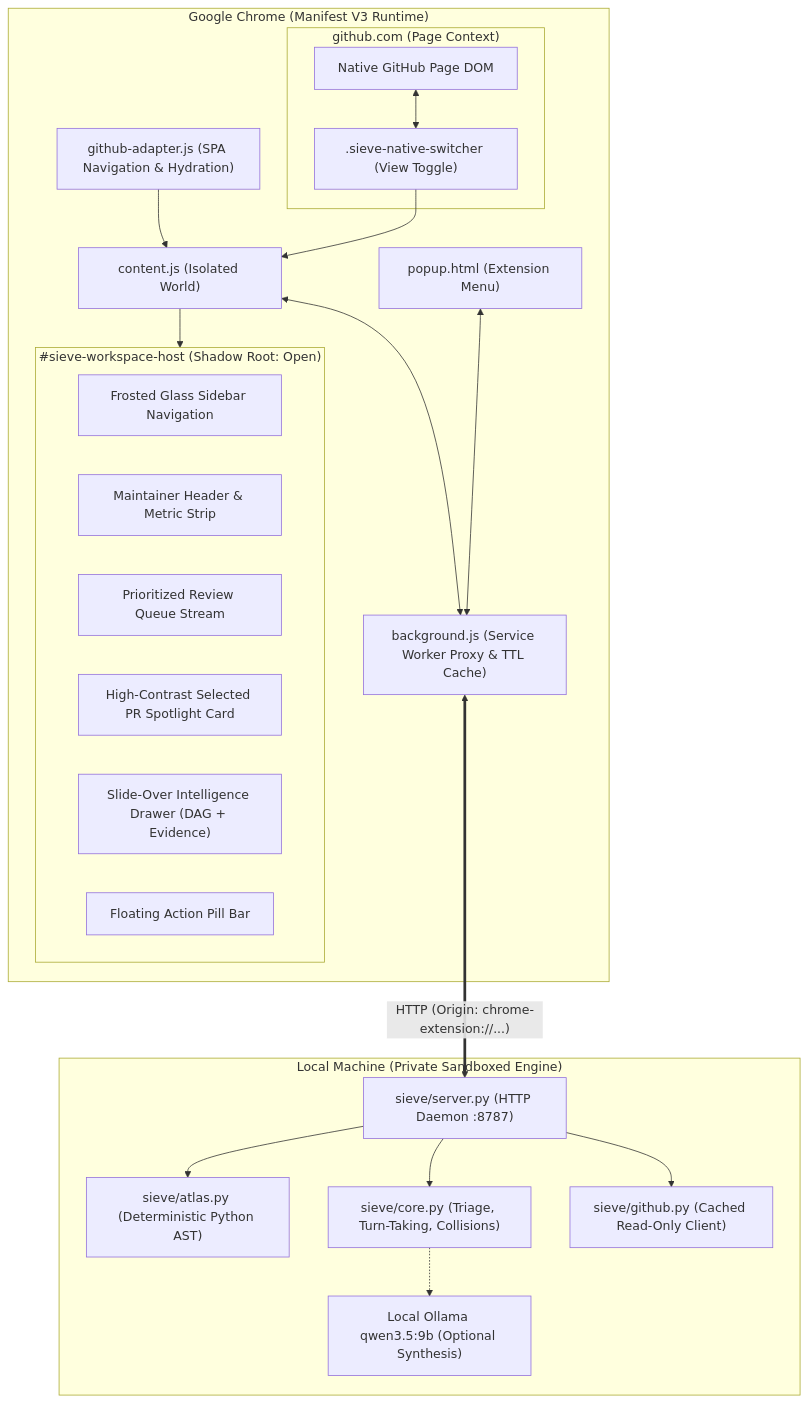
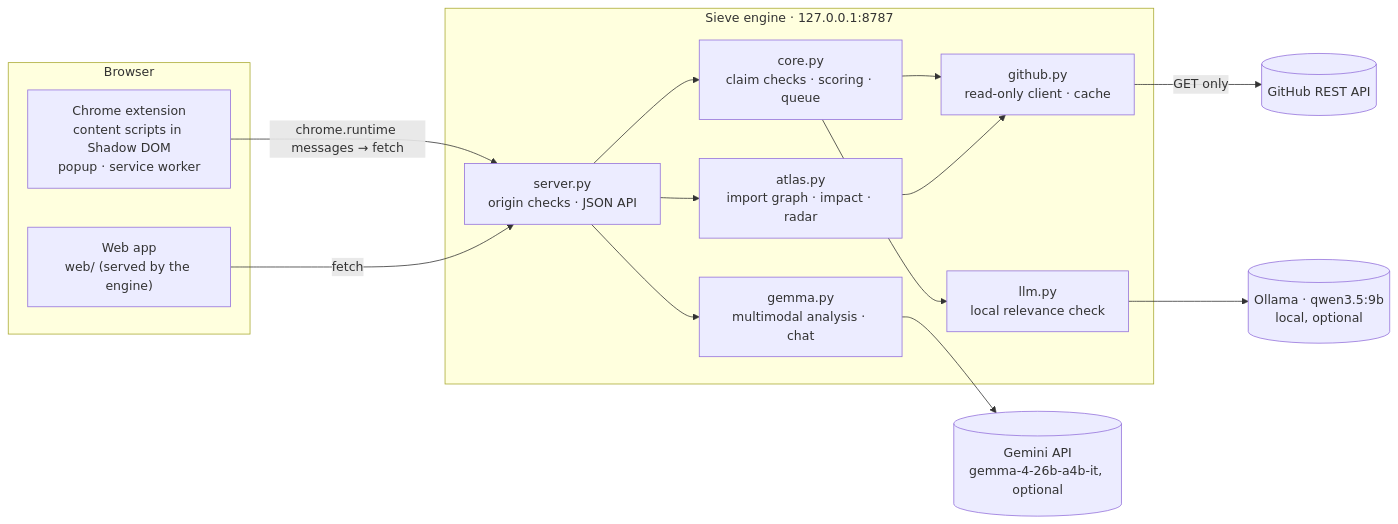
One commit to ThatKJ/sieve changed the first of 3 diagrams in docs/ARCHITECTURE.md. Above: the diagram before and after it, drawn with Mermaid. The commit also changed other lines of this file and 5 other files, not shown here.

Commit message:
docs: architecture with Gemma pipeline, development guide, roadmap; correct Host-validation claim

````diff
--- a/docs/ARCHITECTURE.md
+++ b/docs/ARCHITECTURE.md
@@ -11,43 +5,23 @@
 ```mermaid
-flowchart TB
-    subgraph Browser["Google Chrome (Manifest V3 Runtime)"]
-        subgraph GH["github.com (Page Context)"]
-            NativeDOM["Native GitHub Page DOM"]
-            Switcher[".sieve-native-switcher (View Toggle)"]
-        end
-
-        subgraph Shadow["#sieve-workspace-host (Shadow Root: Open)"]
-            Sidebar["Frosted Glass Sidebar Navigation"]
-            Cockpit["Maintainer Header & Metric Strip"]
-            Queue["Prioritized Review Queue Stream"]
-            Spotlight["High-Contrast Selected PR Spotlight Card"]
-            Drawer["Slide-Over Intelligence Drawer (DAG + Evidence)"]
-            ActionBar["Floating Action Pill Bar"]
-        end
-
-        CS["content.js (Isolated World)"]
-        AD["github-adapter.js (SPA Navigation & Hydration)"]
-        SW["background.js (Service Worker Proxy & TTL Cache)"]
-        POP["popup.html (Extension Menu)"]
-    end
-
-    subgraph Host["Local Machine (Private Sandboxed Engine)"]
-        SRV["sieve/server.py (HTTP Daemon :8787)"]
-        AST["sieve/atlas.py (Deterministic Python AST)"]
-        CORE["sieve/core.py (Triage, Turn-Taking, Collisions)"]
-        GHClient["sieve/github.py (Cached Read-Only Client)"]
-        Ollama["Local Ollama qwen3.5:9b (Optional Synthesis)"]
-    end
-
-    NativeDOM <--> Switcher
-    AD --> CS
-    Switcher --> CS
-    CS --> Shadow
-    CS <--> SW
-    POP <--> SW
-    SW <== "HTTP (Origin: chrome-extension://...)" ==> SRV
-    SRV --> CORE
-    SRV --> AST
-    SRV --> GHClient
-    CORE -.-> Ollama
+flowchart LR
+  subgraph Browser
+    EXT["Chrome extension<br/>content scripts in Shadow DOM<br/>popup · service worker"]
+    WEB["Web app<br/>web/ (served by the engine)"]
+  end
+  subgraph Engine["Sieve engine · 127.0.0.1:8787"]
+    SRV["server.py<br/>origin checks · JSON API"]
+    CORE["core.py<br/>claim checks · scoring · queue"]
+    ATLAS["atlas.py<br/>import graph · impact · radar"]
+    LLM["llm.py<br/>local relevance check"]
+    GEMMA["gemma.py<br/>multimodal analysis · chat"]
+    GH["github.py<br/>read-only client · cache"]
+  end
+  EXT -- "chrome.runtime messages → fetch" --> SRV
+  WEB -- fetch --> SRV
+  SRV --> CORE & ATLAS & GEMMA
+  CORE --> GH & LLM
+  ATLAS --> GH
+  GH -- "GET only" --> GITHUB[("GitHub REST API")]
+  LLM --> OLLAMA[("Ollama · qwen3.5:9b<br/>local, optional")]
+  GEMMA --> GAPI[("Gemini API<br/>gemma-4-26b-a4b-it, optional")]
 ```
````
